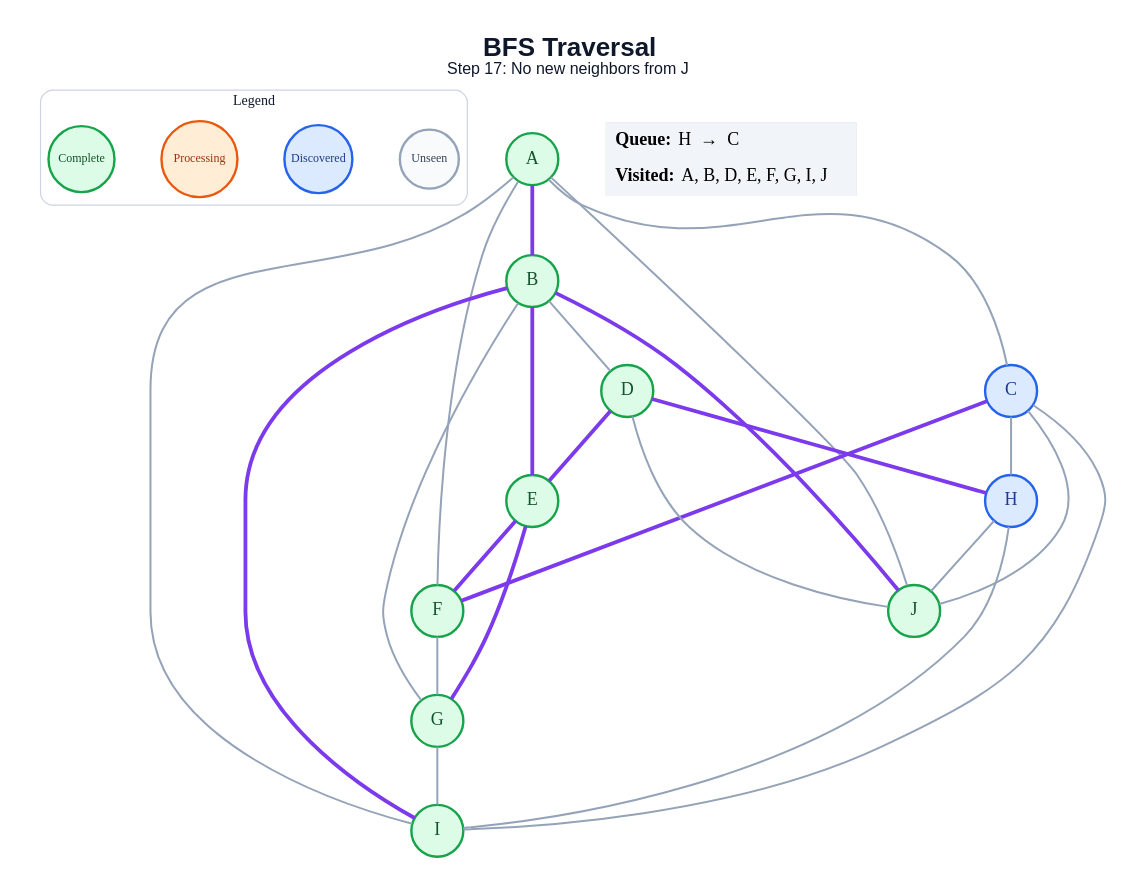
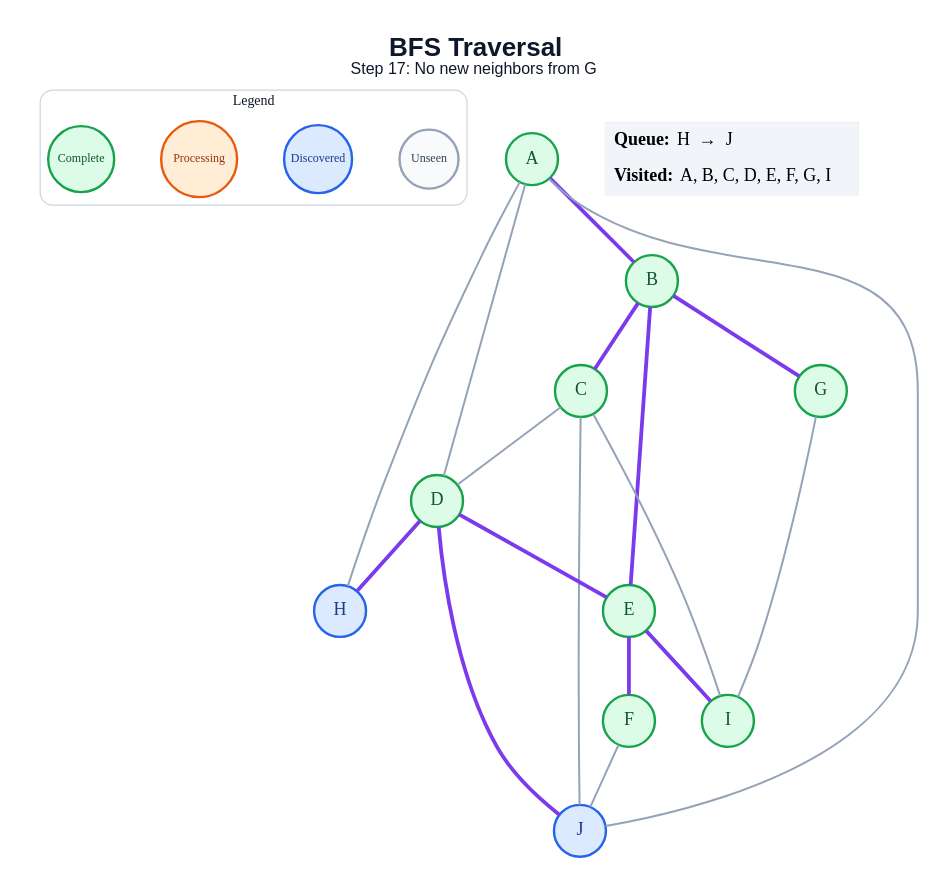
Before and after one commit to amanghodawala9/ai-slop: the diagram in generated/specific-node/bfs/step_17.dot, drawn with Graphviz. The commit also changed 178 other files, not shown here.

```diff
--- a/generated/specific-node/bfs/step_17.dot
+++ b/generated/specific-node/bfs/step_17.dot
@@ -1,52 +1,46 @@
 graph traversal {
   graph [layout=dot, rankdir=TB, bgcolor="#FFFFFF", pad="0.35", nodesep="0.65", ranksep="0.8", fontname="Arial"];
   node [shape=circle, style="filled", fontname="Arial Bold", fontsize=18, width=0.72, fixedsize=true, penwidth=2.4];
   edge [color="#94A3B8", penwidth=2.0];
-  label=<<B>BFS Traversal</B><BR/><FONT POINT-SIZE="16">Step 17: No new neighbors from J</FONT>>; labelloc="t"; fontsize=26; fontname="Arial"; fontcolor="#0F172A";
+  label=<<B>BFS Traversal</B><BR/><FONT POINT-SIZE="16">Step 17: No new neighbors from G</FONT>>; labelloc="t"; fontsize=26; fontname="Arial"; fontcolor="#0F172A";
   subgraph cluster_legend { label="Legend"; color="#CBD5E1"; penwidth=1.2; style="rounded"; fontsize=14; fontname="Arial Bold";
     key_unseen [label="Unseen", fillcolor="#F8FAFC", color="#94A3B8", fontcolor="#334155", fontsize=12, width=0.82];
     key_frontier [label="Discovered", fillcolor="#DBEAFE", color="#2563EB", fontcolor="#1E3A8A", fontsize=12, width=0.95];
     key_current [label="Processing", fillcolor="#FFEDD5", color="#EA580C", fontcolor="#9A3412", fontsize=12, width=1.05];
     key_done [label="Complete", fillcolor="#DCFCE7", color="#16A34A", fontcolor="#14532D", fontsize=12, width=0.92];
     { rank=same; key_unseen; key_frontier; key_current; key_done; }
   }
   A [fillcolor="#DCFCE7", color="#16A34A", fontcolor="#14532D"];
   B [fillcolor="#DCFCE7", color="#16A34A", fontcolor="#14532D"];
-  C [fillcolor="#DBEAFE", color="#2563EB", fontcolor="#1E3A8A"];
+  C [fillcolor="#DCFCE7", color="#16A34A", fontcolor="#14532D"];
   D [fillcolor="#DCFCE7", color="#16A34A", fontcolor="#14532D"];
   E [fillcolor="#DCFCE7", color="#16A34A", fontcolor="#14532D"];
   F [fillcolor="#DCFCE7", color="#16A34A", fontcolor="#14532D"];
   G [fillcolor="#DCFCE7", color="#16A34A", fontcolor="#14532D"];
   H [fillcolor="#DBEAFE", color="#2563EB", fontcolor="#1E3A8A"];
   I [fillcolor="#DCFCE7", color="#16A34A", fontcolor="#14532D"];
-  J [fillcolor="#DCFCE7", color="#16A34A", fontcolor="#14532D"];
+  J [fillcolor="#DBEAFE", color="#2563EB", fontcolor="#1E3A8A"];
   A -- B [color="#7C3AED", penwidth=3.8];
-  A -- C;
-  A -- F;
-  A -- I;
+  A -- D;
+  A -- H;
   A -- J;
-  B -- D;
+  B -- C [color="#7C3AED", penwidth=3.8];
   B -- E [color="#7C3AED", penwidth=3.8];
-  B -- G;
-  B -- I [color="#7C3AED", penwidth=3.8];
-  B -- J [color="#7C3AED", penwidth=3.8];
-  C -- F [color="#7C3AED", penwidth=3.8];
-  C -- H;
+  B -- G [color="#7C3AED", penwidth=3.8];
+  C -- D;
   C -- I;
   C -- J;
   D -- E [color="#7C3AED", penwidth=3.8];
   D -- H [color="#7C3AED", penwidth=3.8];
-  D -- J;
+  D -- J [color="#7C3AED", penwidth=3.8];
   E -- F [color="#7C3AED", penwidth=3.8];
-  E -- G [color="#7C3AED", penwidth=3.8];
-  F -- G;
+  E -- I [color="#7C3AED", penwidth=3.8];
+  F -- J;
   G -- I;
-  H -- I;
-  H -- J;
   status [shape=plain, fixedsize=false, width=0, height=0, margin=0, label=<
     <TABLE BORDER="0" CELLBORDER="0" CELLPADDING="7" BGCOLOR="#F1F5F9">
-      <TR><TD ALIGN="LEFT"><B>Queue:</B> H  →  C</TD></TR>
-      <TR><TD ALIGN="LEFT"><B>Visited:</B> A, B, D, E, F, G, I, J</TD></TR>
+      <TR><TD ALIGN="LEFT"><B>Queue:</B> H  →  J</TD></TR>
+      <TR><TD ALIGN="LEFT"><B>Visited:</B> A, B, C, D, E, F, G, I</TD></TR>
     </TABLE>
   >];
 }
```
